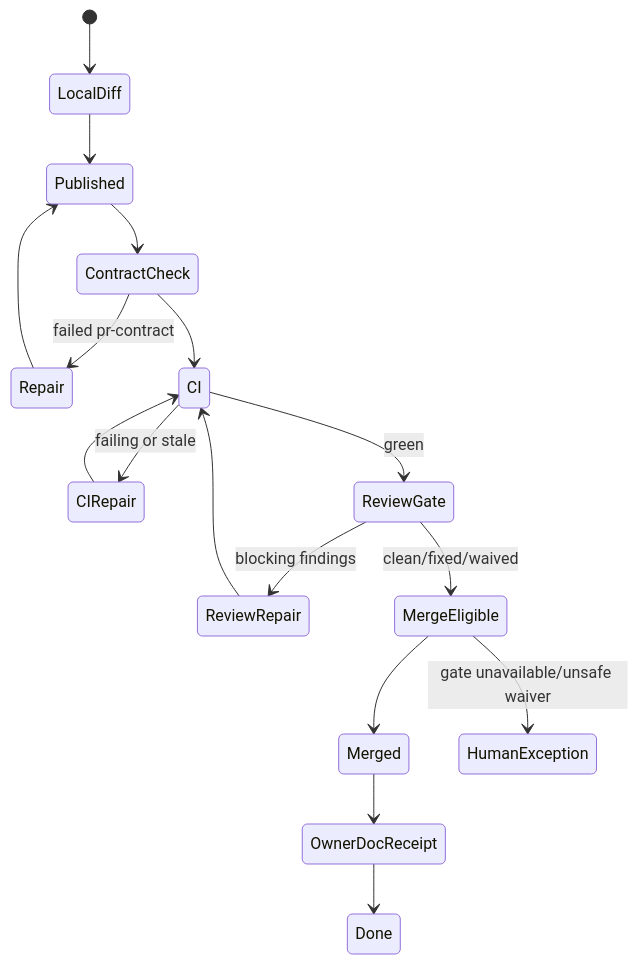
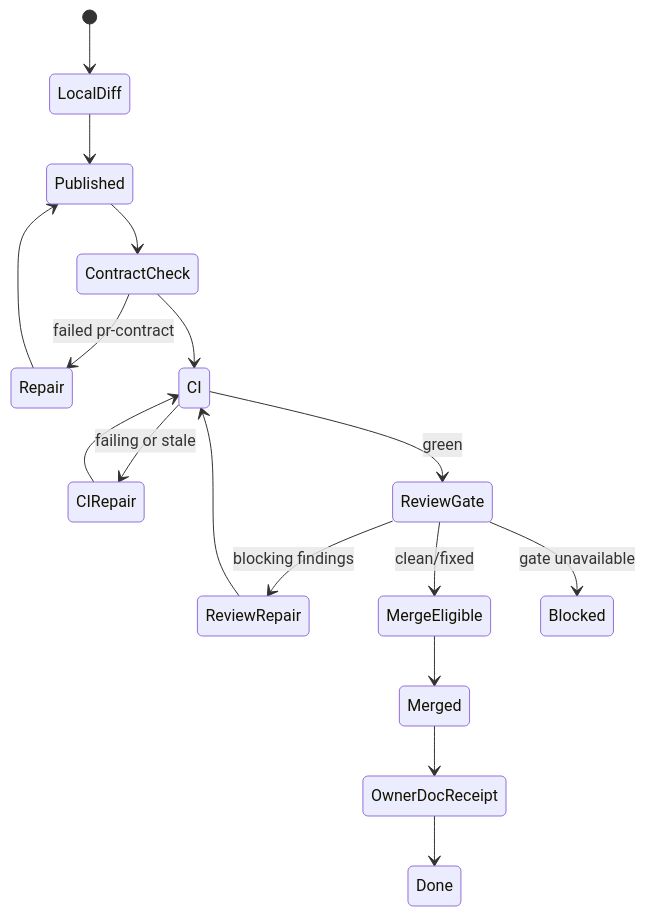
Before and after one commit to RasmusTho/agentic-pkm-mvp: the fourth of 23 diagrams in docs/development/BUILDER_SYSTEM_PROCESS_MAP.md, drawn with Mermaid. The commit also changed other lines of this file and 1 other file, not shown here.

Commit message:
Keep review outages fail-closed

````diff
--- a/docs/development/BUILDER_SYSTEM_PROCESS_MAP.md
+++ b/docs/development/BUILDER_SYSTEM_PROCESS_MAP.md
@@ -270,19 +270,19 @@
 ```mermaid
 stateDiagram-v2
   [*] --> LocalDiff
   LocalDiff --> Published
   Published --> ContractCheck
   ContractCheck --> Repair: failed pr-contract
   Repair --> Published
   ContractCheck --> CI
   CI --> CIRepair: failing or stale
   CIRepair --> CI
   CI --> ReviewGate: green
   ReviewGate --> ReviewRepair: blocking findings
   ReviewRepair --> CI
-  ReviewGate --> MergeEligible: clean/fixed/waived
+  ReviewGate --> MergeEligible: clean/fixed
   MergeEligible --> Merged
   Merged --> OwnerDocReceipt
   OwnerDocReceipt --> Done
-  MergeEligible --> HumanException: gate unavailable/unsafe waiver
+  ReviewGate --> Blocked: gate unavailable
 ```
````
